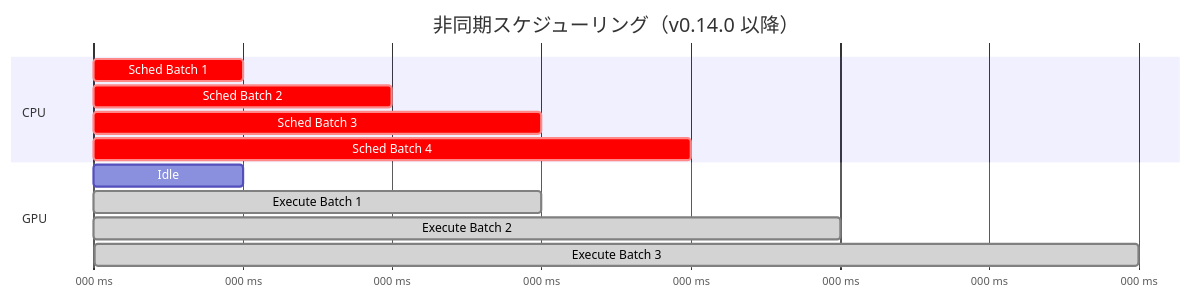
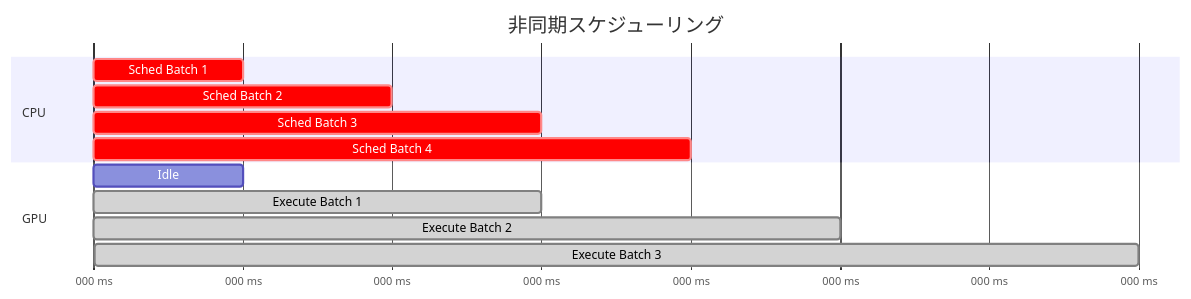
One commit to littlemex/zenn changed the second of 11 diagrams in articles/d2ed7115cf4578.md. Above: the diagram before and after it, drawn with Mermaid. The commit also changed other lines of this file, not shown here.

````diff
--- a/articles/d2ed7115cf4578.md
+++ b/articles/d2ed7115cf4578.md
@@ -115,18 +124,18 @@
 ```mermaid
 gantt
-    title 非同期スケジューリング（v0.14.0 以降）
+    title 非同期スケジューリング
     dateFormat X
     axisFormat %L ms
 
     section CPU
     Sched Batch 1 : crit, 0, 5
     Sched Batch 2 : crit, 5, 10
     Sched Batch 3 : crit, 10, 15
     Sched Batch 4 : crit, 15, 20
 
     section GPU
     Idle :0, 5
     Execute Batch 1 : done, 5, 15
     Execute Batch 2 : done, 15, 25
     Execute Batch 3 : done, 25, 35
 ```
````
